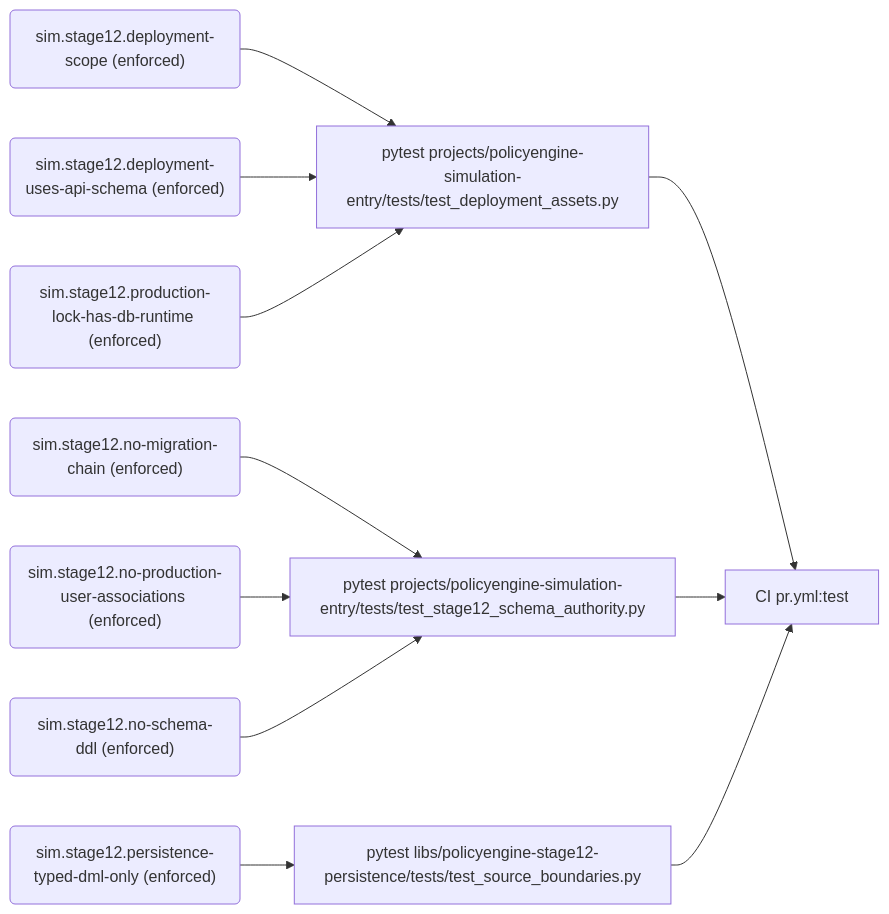
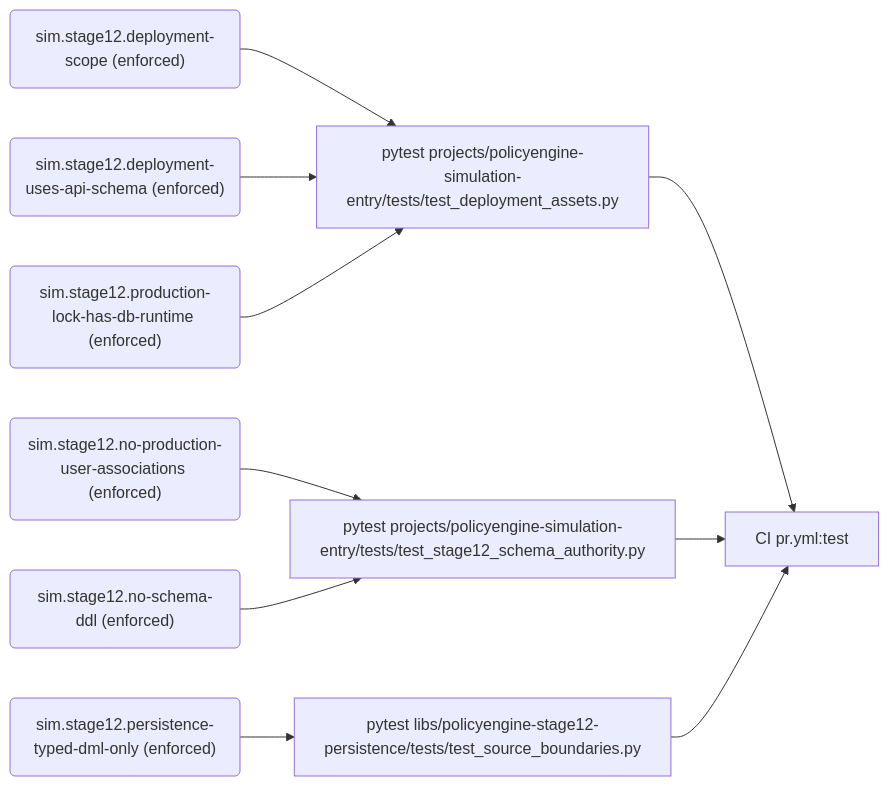
One commit to PolicyEngine/policyengine-sim-api changed the second of 11 diagrams in docs/generated/rules.md. Above: the diagram before and after it, drawn with Mermaid. The commit also changed other lines of this file and 34 other files, not shown here.

First line of the commit message:
Add the simulation schema's Alembic chain with its ownership rules

````diff
--- a/docs/generated/rules.md
+++ b/docs/generated/rules.md
@@ -116,24 +115,22 @@
 ```mermaid
 flowchart LR
   r_sim_stage12_deployment_scope("sim.stage12.deployment-scope (enforced)")
   e_pytest_projects_policyengine_simulation_entry_tests_test_deployment_assets_py["pytest projects/policyengine-simulation-entry/tests/test_deployment_assets.py"]
   j_CI_pr_yml_test["CI pr.yml:test"]
   r_sim_stage12_deployment_uses_api_schema("sim.stage12.deployment-uses-api-schema (enforced)")
-  r_sim_stage12_no_migration_chain("sim.stage12.no-migration-chain (enforced)")
+  r_sim_stage12_no_production_user_associations("sim.stage12.no-production-user-associations (enforced)")
   e_pytest_projects_policyengine_simulation_entry_tests_test_stage12_schema_authority_py["pytest projects/policyengine-simulation-entry/tests/test_stage12_schema_authority.py"]
-  r_sim_stage12_no_production_user_associations("sim.stage12.no-production-user-associations (enforced)")
   r_sim_stage12_no_schema_ddl("sim.stage12.no-schema-ddl (enforced)")
   r_sim_stage12_persistence_typed_dml_only("sim.stage12.persistence-typed-dml-only (enforced)")
   e_pytest_libs_policyengine_stage12_persistence_tests_test_source_boundaries_py["pytest libs/policyengine-stage12-persistence/tests/test_source_boundaries.py"]
   r_sim_stage12_production_lock_has_db_runtime("sim.stage12.production-lock-has-db-runtime (enforced)")
   r_sim_stage12_deployment_scope --> e_pytest_projects_policyengine_simulation_entry_tests_test_deployment_assets_py
   e_pytest_projects_policyengine_simulation_entry_tests_test_deployment_assets_py --> j_CI_pr_yml_test
   r_sim_stage12_deployment_uses_api_schema --> e_pytest_projects_policyengine_simulation_entry_tests_test_deployment_assets_py
-  r_sim_stage12_no_migration_chain --> e_pytest_projects_policyengine_simulation_entry_tests_test_stage12_schema_authority_py
+  r_sim_stage12_no_production_user_associations --> e_pytest_projects_policyengine_simulation_entry_tests_test_stage12_schema_authority_py
   e_pytest_projects_policyengine_simulation_entry_tests_test_stage12_schema_authority_py --> j_CI_pr_yml_test
-  r_sim_stage12_no_production_user_associations --> e_pytest_projects_policyengine_simulation_entry_tests_test_stage12_schema_authority_py
   r_sim_stage12_no_schema_ddl --> e_pytest_projects_policyengine_simulation_entry_tests_test_stage12_schema_authority_py
   r_sim_stage12_persistence_typed_dml_only --> e_pytest_libs_policyengine_stage12_persistence_tests_test_source_boundaries_py
   e_pytest_libs_policyengine_stage12_persistence_tests_test_source_boundaries_py --> j_CI_pr_yml_test
   r_sim_stage12_production_lock_has_db_runtime --> e_pytest_projects_policyengine_simulation_entry_tests_test_deployment_assets_py
 ```
````
